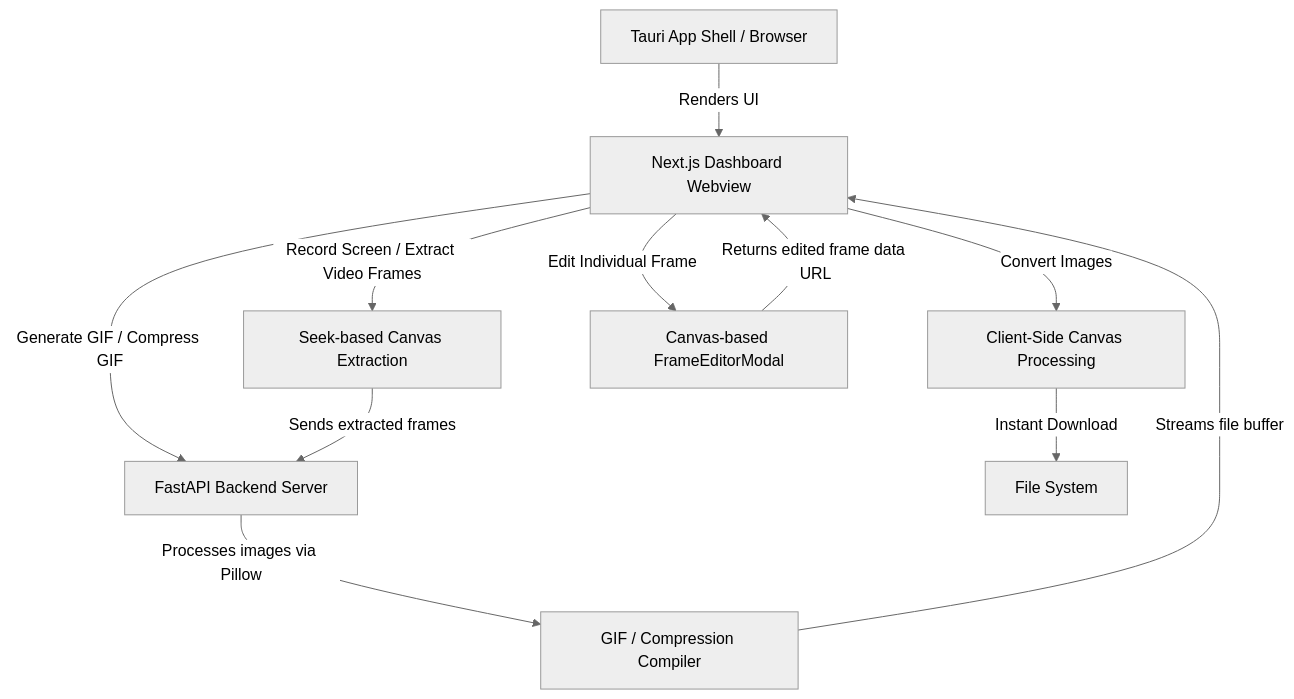
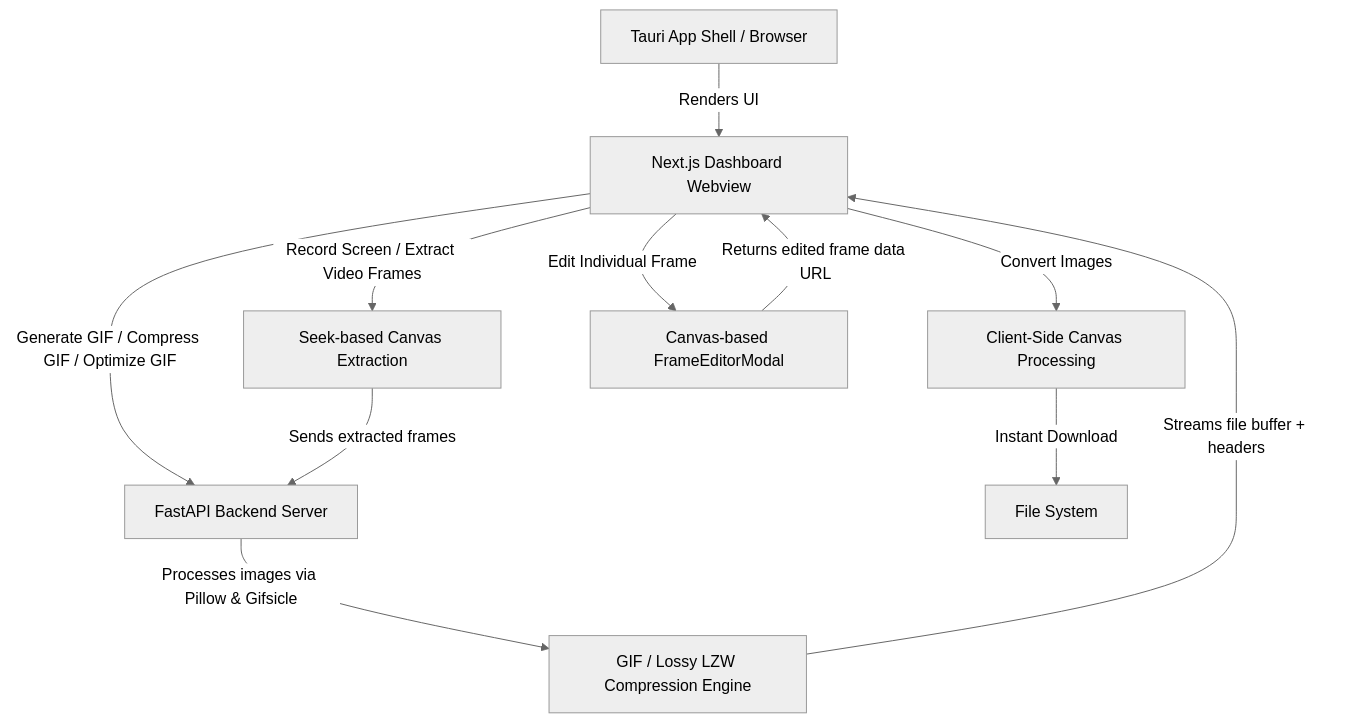
The diagram in TECHNICAL_README.md (JordanCJ7/GIF-Generator), drawn with Mermaid (neutral theme) before and after one commit. The commit also changed other lines of this file, not shown here.

Commit message:
docs: Document GIF optimization backend pipeline
Update TECHNICAL_README to reflect the new optimization flow: FastAPI now uses both Pillow and bundled Gifsicle for GIF generation/compression, includes `/optimize-gif` lossy/lossless LZW optimization support, and clarifies architecture/data flow and backend file structure (`bin/gifsicle.exe`).

````diff
--- a/TECHNICAL_README.md
+++ b/TECHNICAL_README.md
@@ -11,13 +11,13 @@
 ```mermaid
 graph TD
     A[Tauri App Shell / Browser] -->|Renders UI| B[Next.js Dashboard Webview]
     B -->|Convert Images| C1[Client-Side Canvas Processing]
     B -->|Record Screen / Extract Video Frames| C2[Seek-based Canvas Extraction]
     B -->|Edit Individual Frame| FE[Canvas-based FrameEditorModal]
-    B -->|Generate GIF / Compress GIF| C3[FastAPI Backend Server]
+    B -->|Generate GIF / Compress GIF / Optimize GIF| C3[FastAPI Backend Server]
     FE -->|Returns edited frame data URL| B
-    C3 -->|Processes images via Pillow| D[GIF / Compression Compiler]
+    C3 -->|Processes images via Pillow & Gifsicle| D[GIF / Lossy LZW Compression Engine]
     C1 -->|Instant Download| E[File System]
     C2 -->|Sends extracted frames| C3
-    D -->|Streams file buffer| B
+    D -->|Streams file buffer + headers| B
 ```
````
